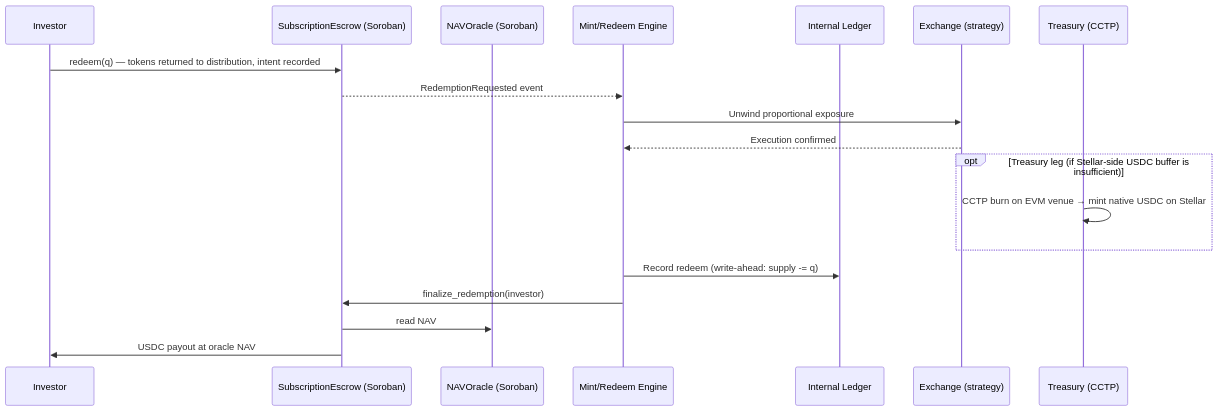
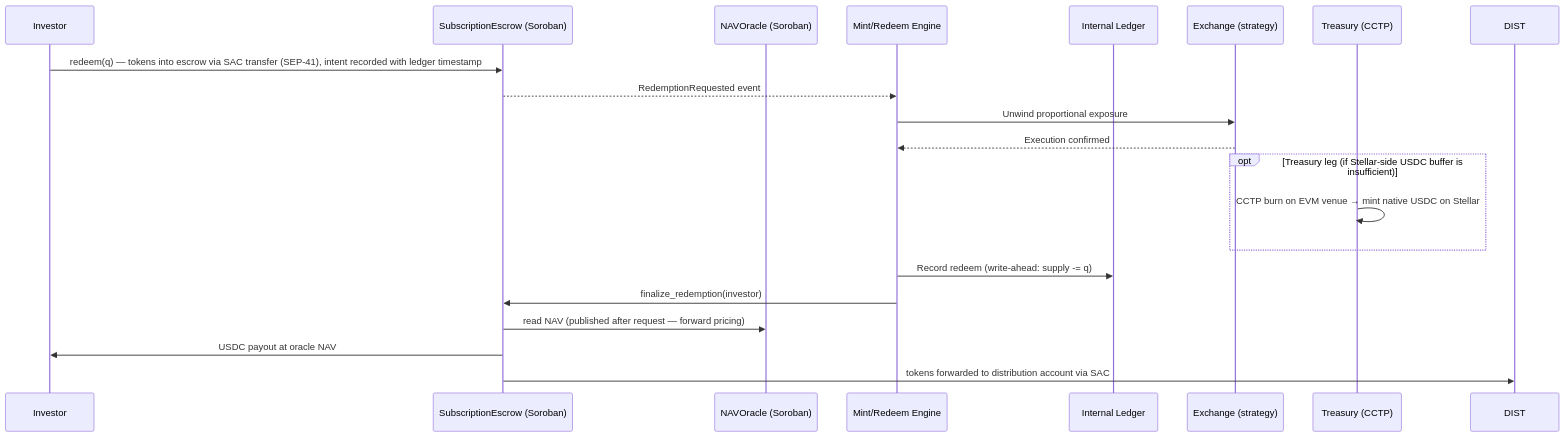
One commit to trakx/stellar-strategy-rails changed the fourth of 4 diagrams in docs/ARCHITECTURE.md. Above: the diagram before and after it, drawn with Mermaid. The commit also changed other lines of this file, not shown here.

First line of the commit message:
Revise architecture documentation for clarity and updates

````diff
--- a/docs/ARCHITECTURE.md
+++ b/docs/ARCHITECTURE.md
@@ -166,22 +170,23 @@
 ```mermaid
 sequenceDiagram
     participant I as Investor
     participant ESC as SubscriptionEscrow (Soroban)
     participant ORC as NAVOracle (Soroban)
     participant M as Mint/Redeem Engine
     participant L as Internal Ledger
     participant E as Exchange (strategy)
     participant T as Treasury (CCTP)
 
-    I->>ESC: redeem(q) — tokens returned to distribution, intent recorded
+    I->>ESC: redeem(q) — tokens into escrow via SAC transfer (SEP-41), intent recorded with ledger timestamp
     ESC-->>M: RedemptionRequested event
     M->>E: Unwind proportional exposure
     E-->>M: Execution confirmed
     opt Treasury leg (if Stellar-side USDC buffer is insufficient)
         T->>T: CCTP burn on EVM venue → mint native USDC on Stellar
     end
     M->>L: Record redeem (write-ahead: supply -= q)
     M->>ESC: finalize_redemption(investor)
-    ESC->>ORC: read NAV
+    ESC->>ORC: read NAV (published after request — forward pricing)
     ESC->>I: USDC payout at oracle NAV
+    ESC->>DIST: tokens forwarded to distribution account via SAC
 ```
````
